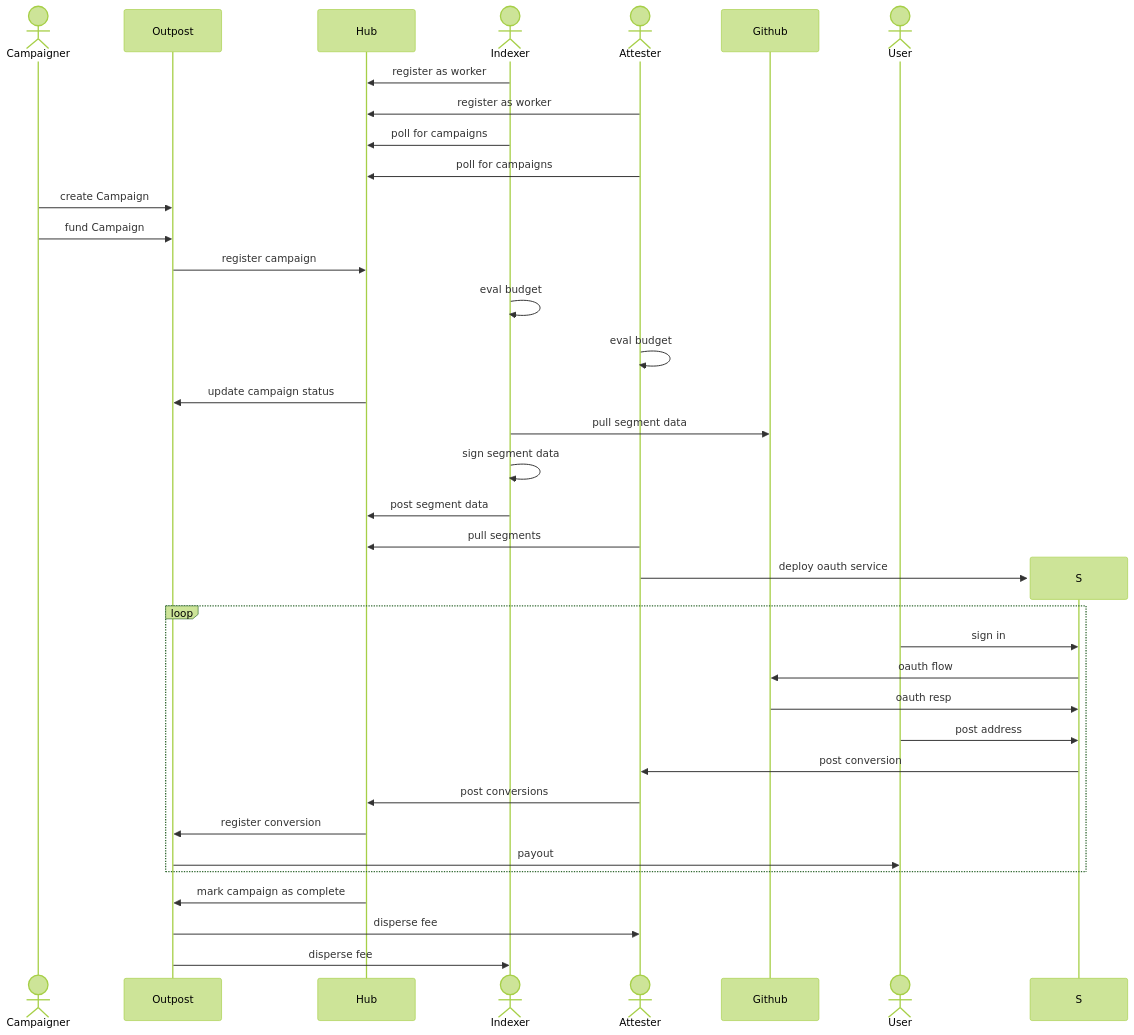
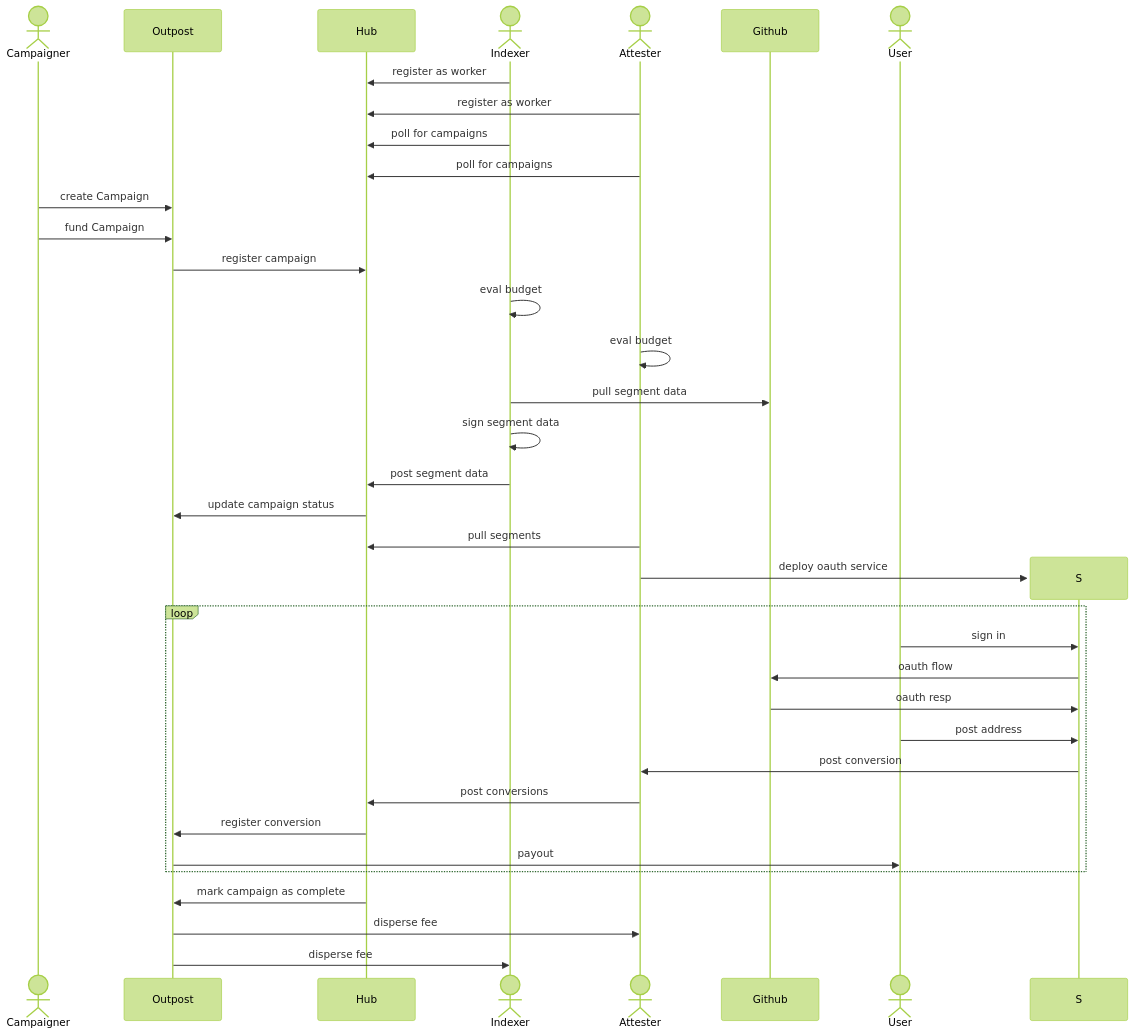
The diagram in docs/spec/src/git-hub.md (filament-zone/filament), drawn with Mermaid (forest theme) before and after one commit. The commit also changed other lines of this file, not shown here.

````diff
--- a/docs/spec/src/git-hub.md
+++ b/docs/spec/src/git-hub.md
@@ -15,44 +17,44 @@
 ``` mermaid
 sequenceDiagram
 
     actor C as Campaigner
     participant O as Outpost
     participant H as Hub
     actor I as Indexer
     actor A as Attester
     participant G as Github
     actor U as User
 
     I->>H: register as worker
     A->>H: register as worker
     I->>H: poll for campaigns
     A->>H: poll for campaigns
     C->>O: create Campaign
     C->>O: fund Campaign
     O->>H: register campaign
     I->>I: eval budget
     A->>A: eval budget
-    H->>O: update campaign status
     I->>G: pull segment data
     I->>I: sign segment data
     I->>H: post segment data
+    H->>O: update campaign status
     A->>H: pull segments
 
     create participant S
 
     A->>S: deploy oauth service
     loop
         U->>S: sign in
         S->>G: oauth flow
         G->>S: oauth resp
         U->>S: post address
         S->>A: post conversion
         A->>H: post conversions
         H->>O: register conversion
         O->>U: payout
     end
 
     H->>O: mark campaign as complete
     O->>A: disperse fee
     O->>I: disperse fee
 ```
````
